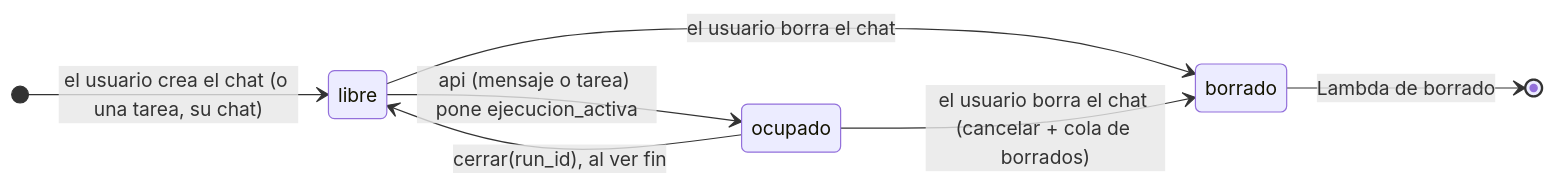
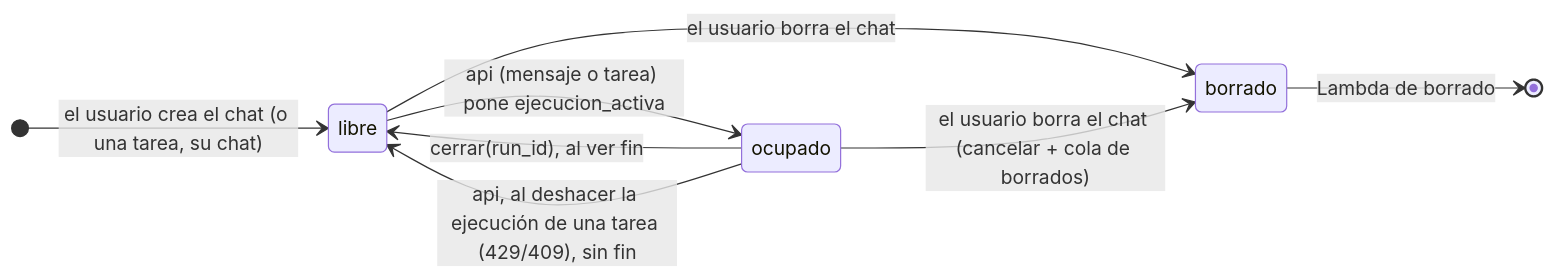
The fifth of 10 diagrams in docs/arquitectura-agentes.md (ikermendi/sample-agent-platform-with-agentcore), drawn with Mermaid before and after one commit. The commit also changed other lines of this file and 2 other files, not shown here.

````diff
--- a/docs/arquitectura-agentes.md
+++ b/docs/arquitectura-agentes.md
@@ -604,10 +616,11 @@
 ```mermaid
 stateDiagram-v2
   direction LR
   [*] --> libre : el usuario crea el chat (o una tarea, su chat)
   libre --> ocupado : api (mensaje o tarea) pone ejecucion_activa
   ocupado --> libre : cerrar(run_id), al ver fin
+  ocupado --> libre : api, al deshacer la ejecución de una tarea (429/409), sin fin
   libre --> borrado : el usuario borra el chat
   ocupado --> borrado : el usuario borra el chat (cancelar + cola de borrados)
   borrado --> [*] : Lambda de borrado
 ```
````
